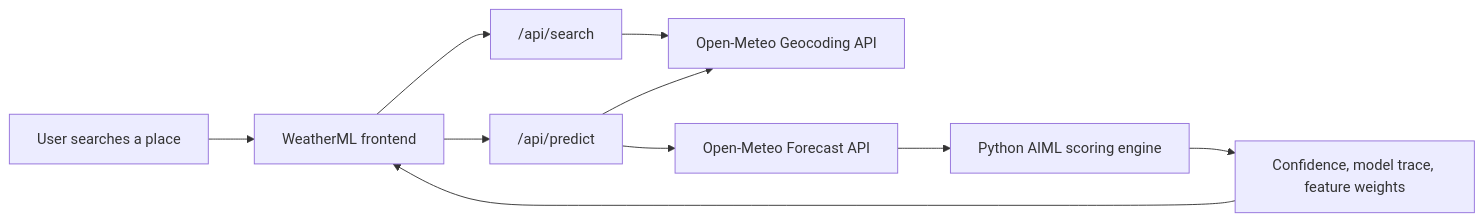
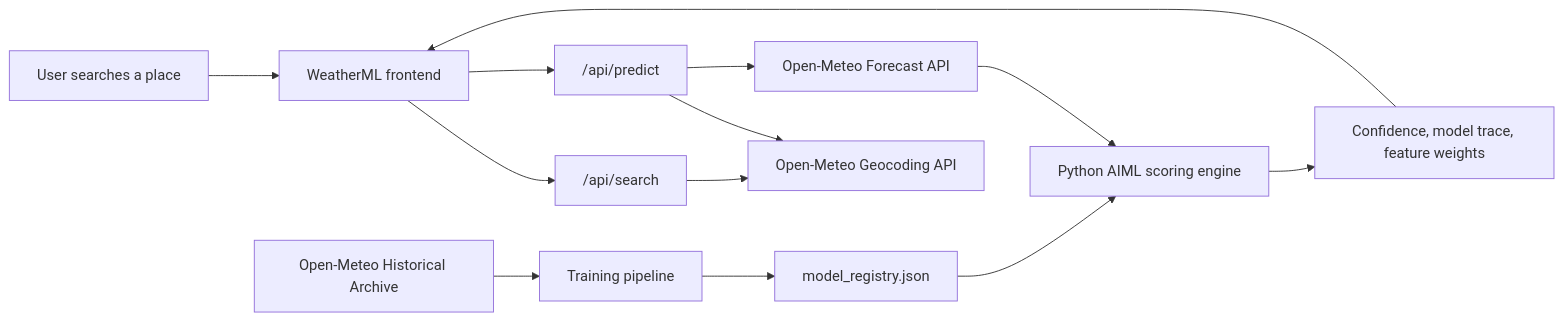
Before and after one commit to vishnuvardhanburri/Wheather-prediction: the diagram in docs/architecture.md, drawn with Mermaid. The commit also changed other lines of this file and 14 other files, not shown here.

Commit message:
Add historical training pipeline

````diff
--- a/docs/architecture.md
+++ b/docs/architecture.md
@@ -7,12 +7,15 @@
 ```mermaid
 flowchart LR
   User["User searches a place"] --> UI["WeatherML frontend"]
   UI --> SearchAPI["/api/search"]
   SearchAPI --> Geo["Open-Meteo Geocoding API"]
   UI --> PredictAPI["/api/predict"]
   PredictAPI --> Geo
   PredictAPI --> Forecast["Open-Meteo Forecast API"]
   Forecast --> Engine["Python AIML scoring engine"]
+  Archive["Open-Meteo Historical Archive"] --> Train["Training pipeline"]
+  Train --> Registry["model_registry.json"]
+  Registry --> Engine
   Engine --> Explain["Confidence, model trace, feature weights"]
   Explain --> UI
 ```
````
